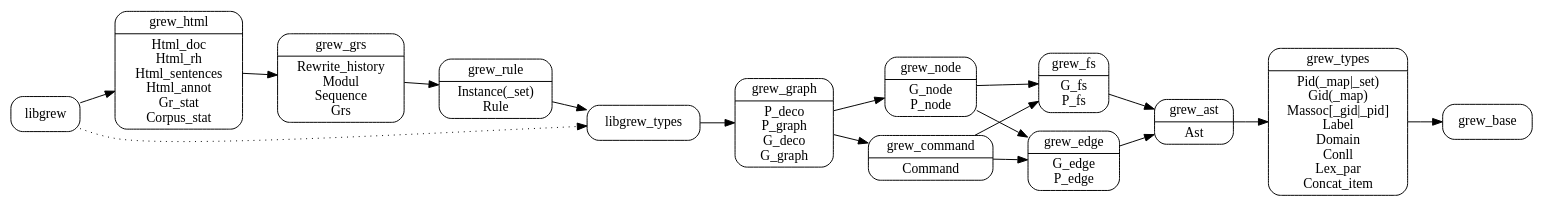
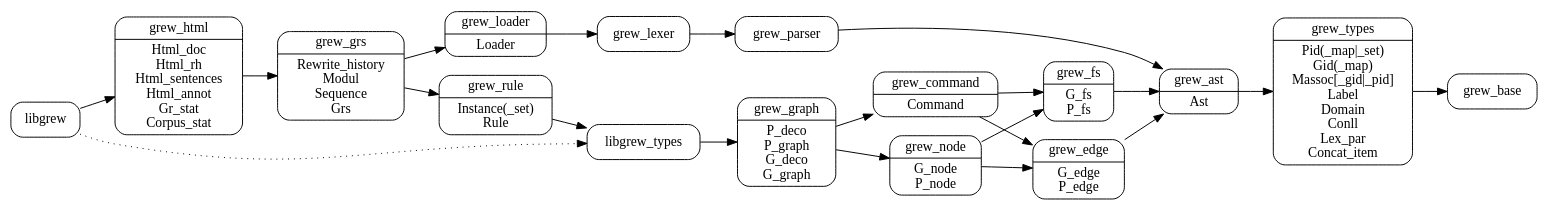
One commit to grew-nlp/grewlib changed the diagram in doc/arch.dot. Above: the diagram before and after it, drawn with Graphviz.

Commit message:
complete arch desc

```diff
--- a/doc/arch.dot
+++ b/doc/arch.dot
@@ -1,32 +1,34 @@
 digraph grew {
   node [shape=Mrecord];
   rankdir = LR;
   grew_base
   grew_types [label="grew_types|Pid(_map\|_set)\nGid(_map)\nMassoc[_gid\|_pid]\nLabel\nDomain\nConll\nLex_par\nConcat_item"]
   grew_ast [label="grew_ast|Ast"]
+  grew_loader [label="grew_loader|Loader"]
   grew_fs [label="grew_fs|G_fs\nP_fs"]
   grew_edge [label="grew_edge|G_edge\nP_edge"]
   grew_node [label="grew_node|G_node\nP_node"]
   grew_command [label="grew_command|Command"]
   grew_graph [label="grew_graph|P_deco\nP_graph\nG_deco\nG_graph"]
   grew_rule [label="grew_rule|Instance(_set)\nRule"]
   grew_grs [label="grew_grs|Rewrite_history\nModul\nSequence\nGrs"]
   grew_html [label="grew_html|Html_doc\nHtml_rh\nHtml_sentences\nHtml_annot\nGr_stat\nCorpus_stat"]
 
 grew_ast -> grew_types -> grew_base
 grew_edge -> grew_ast
 grew_fs -> grew_ast
 grew_command -> grew_edge
 grew_command -> grew_fs
 grew_node -> grew_edge
 grew_node -> grew_fs
 grew_graph -> grew_node
 grew_graph -> grew_command
 libgrew_types -> grew_graph
 grew_rule -> libgrew_types
 grew_grs -> grew_rule
+grew_grs -> grew_loader -> grew_lexer -> grew_parser -> grew_ast
 grew_html -> grew_grs
 libgrew -> grew_html
 
 libgrew -> libgrew_types [style=dotted]
 }
```
